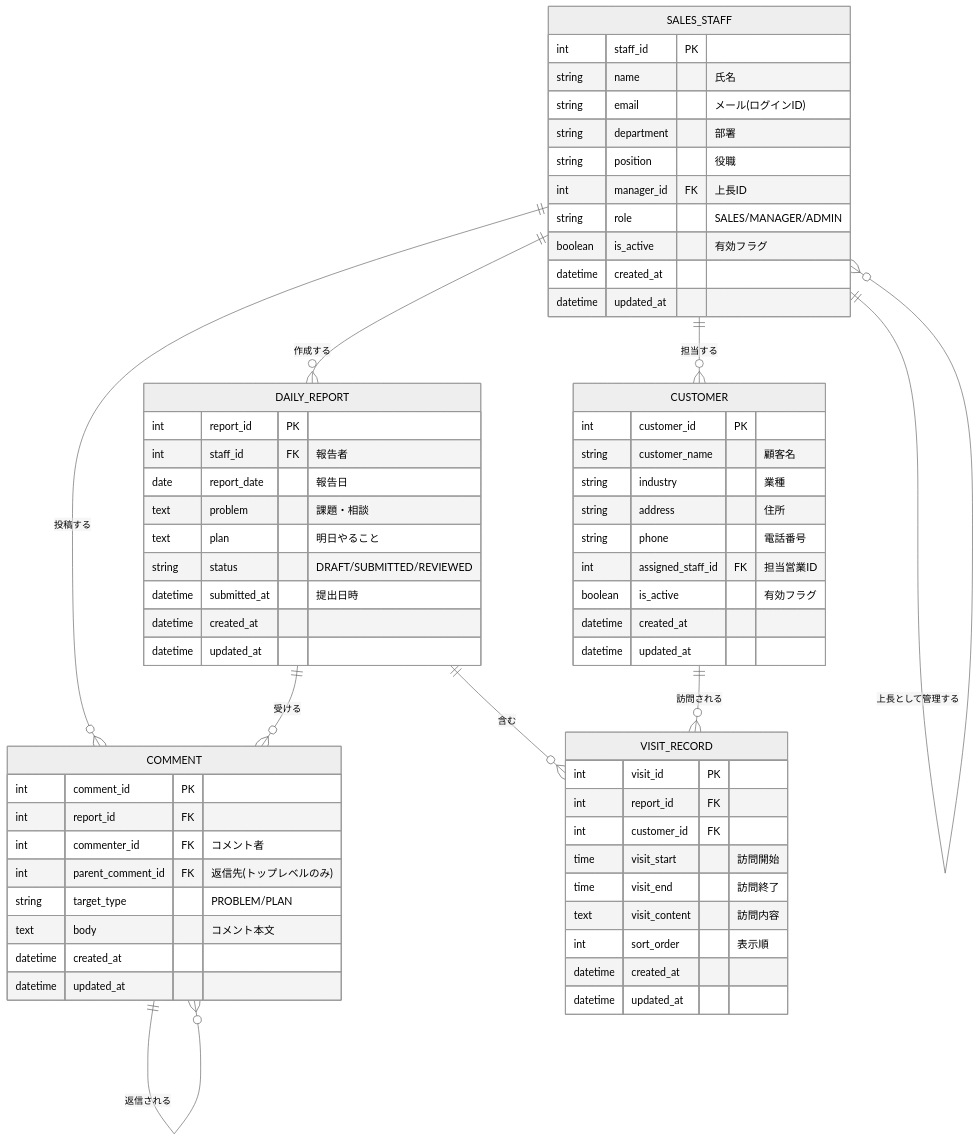
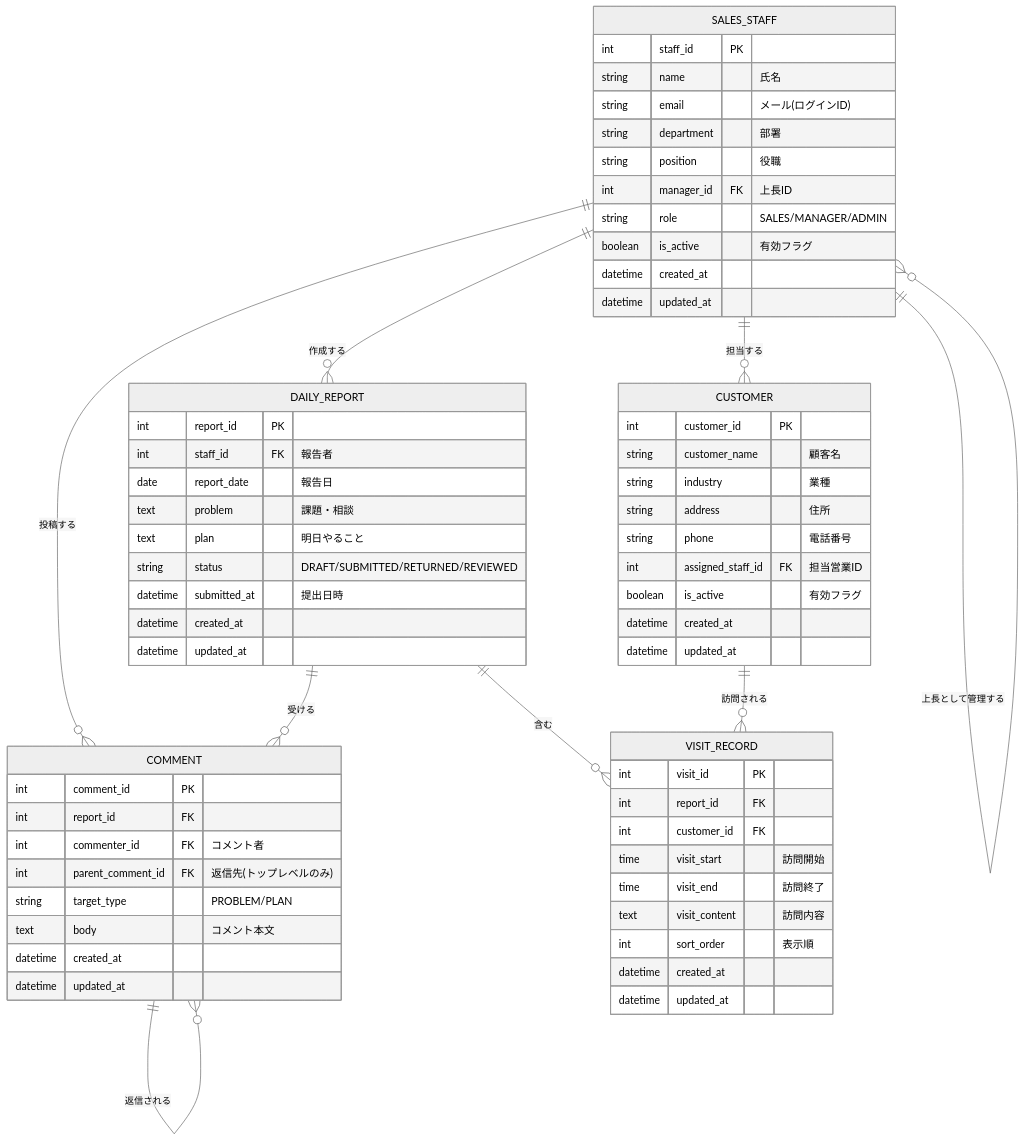
The second of 2 diagrams in CLAUDE.md (kuny518/eigyo), drawn with Mermaid (neutral theme) before and after one commit. The commit also changed other lines of this file and 4 other files, not shown here.

````diff
--- a/CLAUDE.md
+++ b/CLAUDE.md
@@ -75,71 +85,71 @@
 ```mermaid
 erDiagram
     SALES_STAFF ||--o{ SALES_STAFF : "上長として管理する"
     SALES_STAFF ||--o{ DAILY_REPORT : "作成する"
     SALES_STAFF ||--o{ CUSTOMER : "担当する"
     SALES_STAFF ||--o{ COMMENT : "投稿する"
     DAILY_REPORT ||--o{ VISIT_RECORD : "含む"
     DAILY_REPORT ||--o{ COMMENT : "受ける"
     COMMENT ||--o{ COMMENT : "返信される"
     CUSTOMER ||--o{ VISIT_RECORD : "訪問される"
 
     SALES_STAFF {
         int staff_id PK
         string name "氏名"
         string email "メール(ログインID)"
         string department "部署"
         string position "役職"
         int manager_id FK "上長ID"
         string role "SALES/MANAGER/ADMIN"
         boolean is_active "有効フラグ"
         datetime created_at
         datetime updated_at
     }
 
     CUSTOMER {
         int customer_id PK
         string customer_name "顧客名"
         string industry "業種"
         string address "住所"
         string phone "電話番号"
         int assigned_staff_id FK "担当営業ID"
         boolean is_active "有効フラグ"
         datetime created_at
         datetime updated_at
     }
 
     DAILY_REPORT {
         int report_id PK
         int staff_id FK "報告者"
         date report_date "報告日"
         text problem "課題・相談"
         text plan "明日やること"
-        string status "DRAFT/SUBMITTED/REVIEWED"
+        string status "DRAFT/SUBMITTED/RETURNED/REVIEWED"
         datetime submitted_at "提出日時"
         datetime created_at
         datetime updated_at
     }
 
     VISIT_RECORD {
         int visit_id PK
         int report_id FK
         int customer_id FK
         time visit_start "訪問開始"
         time visit_end "訪問終了"
         text visit_content "訪問内容"
         int sort_order "表示順"
         datetime created_at
         datetime updated_at
     }
 
     COMMENT {
         int comment_id PK
         int report_id FK
         int commenter_id FK "コメント者"
         int parent_comment_id FK "返信先(トップレベルのみ)"
         string target_type "PROBLEM/PLAN"
         text body "コメント本文"
         datetime created_at
         datetime updated_at
     }
 ```
````
